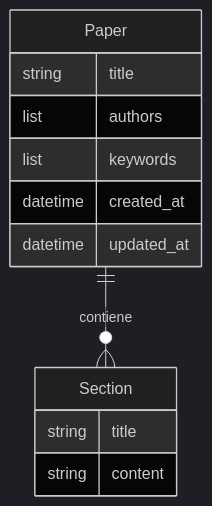
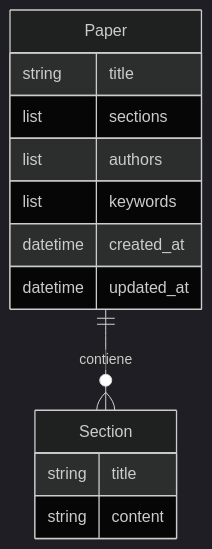
Before and after one commit to mikelval82/TheAiWriter: the fifth of 6 diagrams in docs/architecture.md, drawn with Mermaid (dark theme). The commit also changed other lines of this file and 5 other files, not shown here.

````diff
--- a/docs/architecture.md
+++ b/docs/architecture.md
@@ -172,15 +201,16 @@
 ```mermaid
 erDiagram
     Paper ||--o{ Section : contiene
     Paper {
         string title
+        list sections
         list authors
         list keywords
         datetime created_at
         datetime updated_at
     }
     Section {
         string title
         string content
     }
 ```
````
